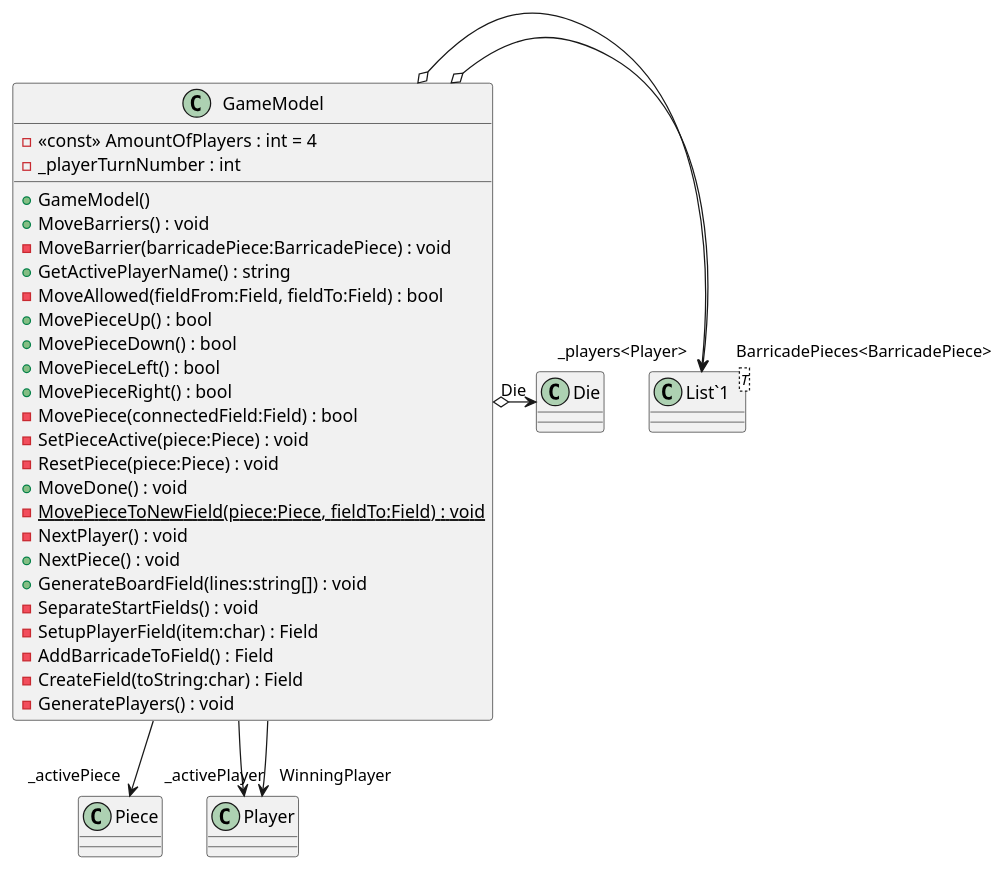
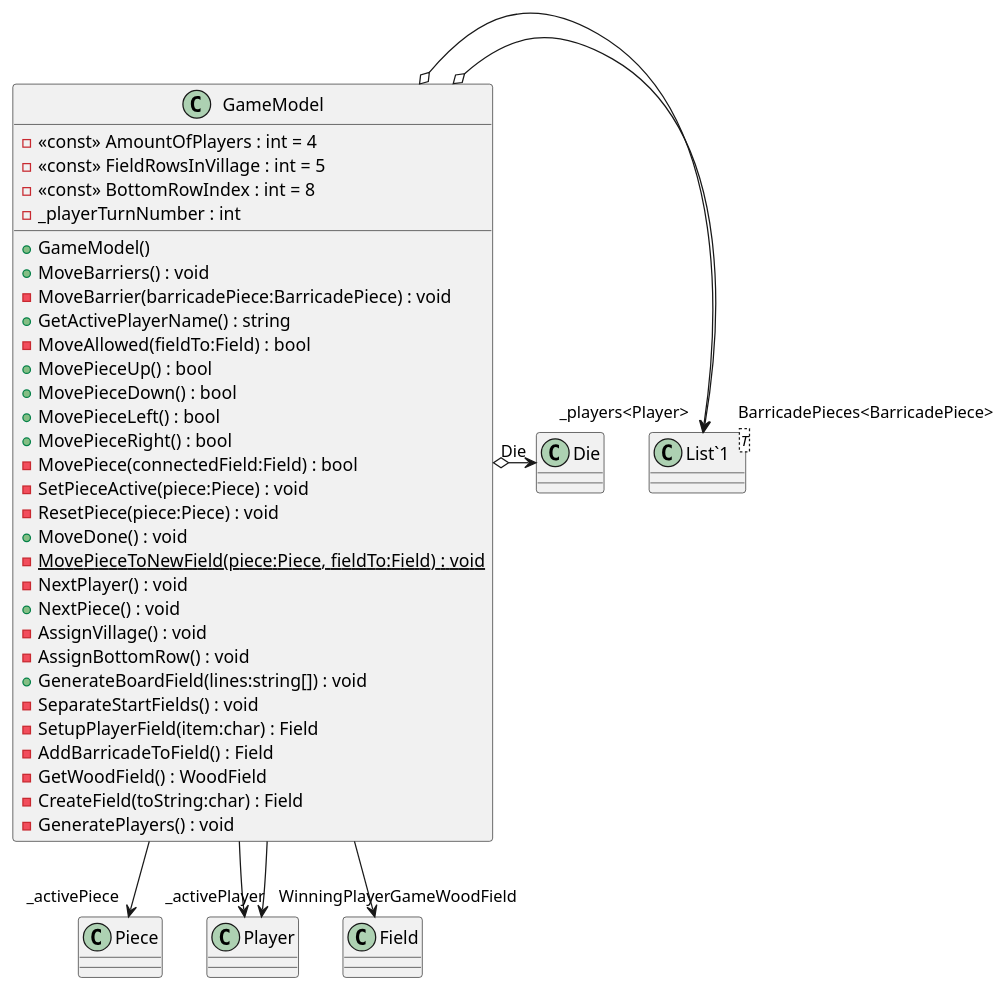
The diagram in Barricade/Models/GameModel.puml (Evert-Arends/barricadegameModel3), drawn with PlantUML before and after one commit. The commit also changed 21 other files, not shown here.

```diff
--- a/Barricade/Models/GameModel.puml
+++ b/Barricade/Models/GameModel.puml
@@ -1,36 +1,42 @@
 @startuml
 class GameModel {
     - <<const>> AmountOfPlayers : int = 4
+    - <<const>> FieldRowsInVillage : int = 5
+    - <<const>> BottomRowIndex : int = 8
     - _playerTurnNumber : int
     + GameModel()
     + MoveBarriers() : void
     - MoveBarrier(barricadePiece:BarricadePiece) : void
     + GetActivePlayerName() : string
-    - MoveAllowed(fieldFrom:Field, fieldTo:Field) : bool
+    - MoveAllowed(fieldTo:Field) : bool
     + MovePieceUp() : bool
     + MovePieceDown() : bool
     + MovePieceLeft() : bool
     + MovePieceRight() : bool
     - MovePiece(connectedField:Field) : bool
     - SetPieceActive(piece:Piece) : void
     - ResetPiece(piece:Piece) : void
     + MoveDone() : void
     - {static} MovePieceToNewField(piece:Piece, fieldTo:Field) : void
     - NextPlayer() : void
     + NextPiece() : void
+    - AssignVillage() : void
+    - AssignBottomRow() : void
     + GenerateBoardField(lines:string[]) : void
     - SeparateStartFields() : void
     - SetupPlayerField(item:char) : Field
     - AddBarricadeToField() : Field
+    - GetWoodField() : WoodField
     - CreateField(toString:char) : Field
     - GeneratePlayers() : void
 }
 class "List`1"<T> {
 }
 GameModel o-> "BarricadePieces<BarricadePiece>" "List`1"
 GameModel o-> "_players<Player>" "List`1"
 GameModel --> "_activePiece" Piece
 GameModel --> "_activePlayer" Player
 GameModel --> "WinningPlayer" Player
+GameModel --> "GameWoodField" Field
 GameModel o-> "Die" Die
 @enduml
```
